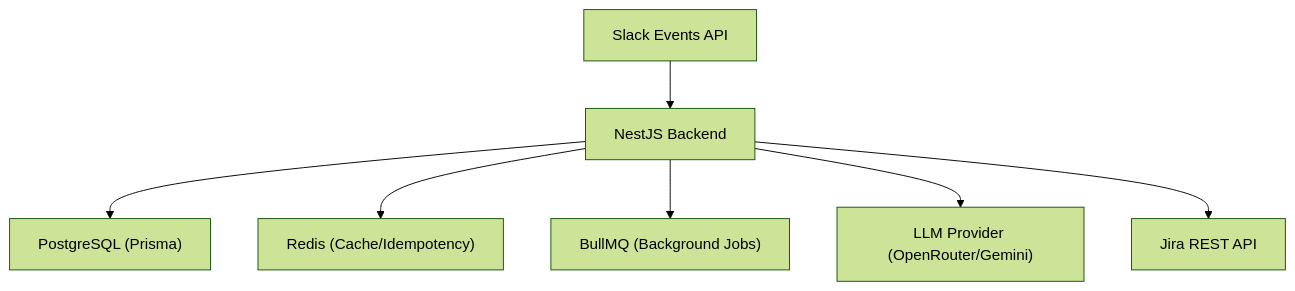
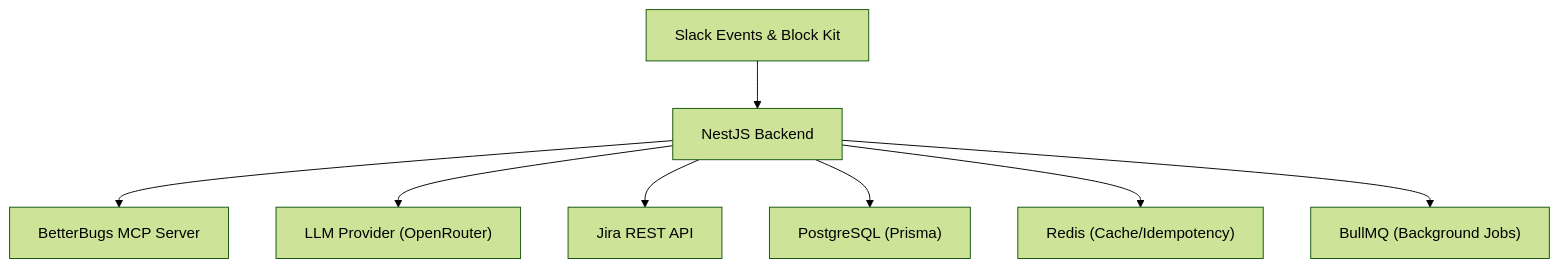
Before and after one commit to rajm-linearloop/AI-Powered-Slack-Bot: the diagram in README.md, drawn with Mermaid (forest theme). The commit also changed other lines of this file and 42 other files, not shown here.

Commit message:
feat: implement BetterBugs AI Slack bot

````diff
--- a/README.md
+++ b/README.md
@@ -18,9 +20,10 @@
 ```mermaid
 flowchart TB
-    Slack["Slack Events API"] --> NestJS["NestJS Backend"]
+    Slack["Slack Events & Block Kit"] --> NestJS["NestJS Backend"]
+    NestJS --> BetterBugs["BetterBugs MCP Server"]
+    NestJS --> LLM["LLM Provider (OpenRouter)"]
+    NestJS --> Jira["Jira REST API"]
     NestJS --> PostgreSQL["PostgreSQL (Prisma)"]
     NestJS --> Redis["Redis (Cache/Idempotency)"]
     NestJS --> BullMQ["BullMQ (Background Jobs)"]
-    NestJS --> LLM["LLM Provider (OpenRouter/Gemini)"]
-    NestJS --> Jira["Jira REST API"]
 ```
````
